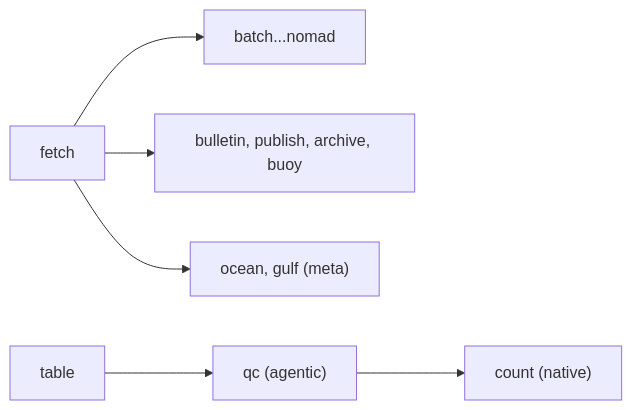
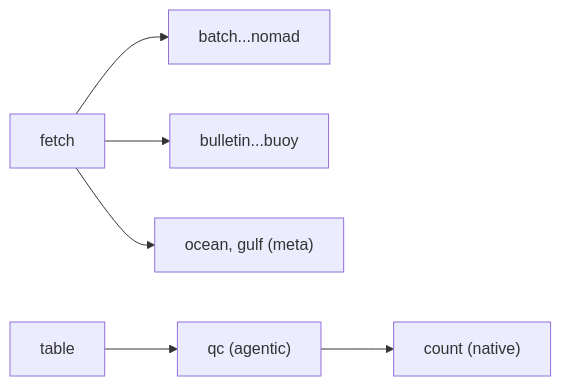
The diagram in en/notes/48-Capstone.md (DagOnStar/DAGonStar-in-Practice), drawn with Mermaid before and after one commit. The commit also changed 81 other files, not shown here.

````diff
--- a/en/notes/48-Capstone.md
+++ b/en/notes/48-Capstone.md
@@ -43,15 +43,15 @@
 ```mermaid
 flowchart LR
   f["fetch"]
   t["table"]
   b["batch...nomad"]
-  l["bulletin, publish, archive, buoy"]
+  l["bulletin...buoy"]
   m["ocean, gulf (meta)"]
   q["qc (agentic)"]
   n["count (native)"]
   f --> b
   f --> l
   f --> m
   t --> q
   q --> n
 ```
````
